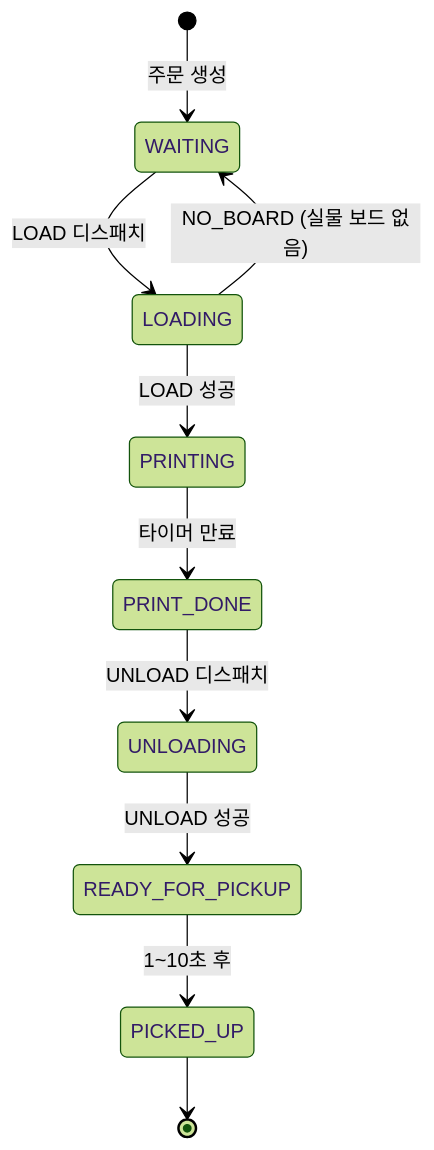
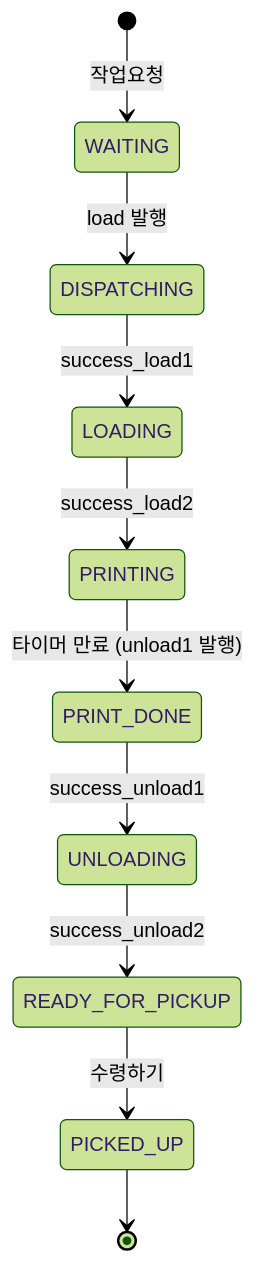
The second of 2 diagrams in assets/docs/prd.md (baeksewoong/genghiskan_ros2), drawn with Mermaid (forest theme) before and after one commit. The commit also changed other lines of this file and 89 other files, not shown here.

````diff
--- a/assets/docs/prd.md
+++ b/assets/docs/prd.md
@@ -121,12 +103,12 @@
 ```mermaid
 stateDiagram-v2
-    [*] --> WAITING: 주문 생성
-    WAITING --> LOADING: LOAD 디스패치
-    LOADING --> WAITING: NO_BOARD (실물 보드 없음)
-    LOADING --> PRINTING: LOAD 성공
-    PRINTING --> PRINT_DONE: 타이머 만료
-    PRINT_DONE --> UNLOADING: UNLOAD 디스패치
-    UNLOADING --> READY_FOR_PICKUP: UNLOAD 성공
-    READY_FOR_PICKUP --> PICKED_UP: 1~10초 후
+    [*] --> WAITING: 작업요청
+    WAITING --> DISPATCHING: load 발행
+    DISPATCHING --> LOADING: success_load1
+    LOADING --> PRINTING: success_load2
+    PRINTING --> PRINT_DONE: 타이머 만료 (unload1 발행)
+    PRINT_DONE --> UNLOADING: success_unload1
+    UNLOADING --> READY_FOR_PICKUP: success_unload2
+    READY_FOR_PICKUP --> PICKED_UP: 수령하기
     PICKED_UP --> [*]
 ```
````
